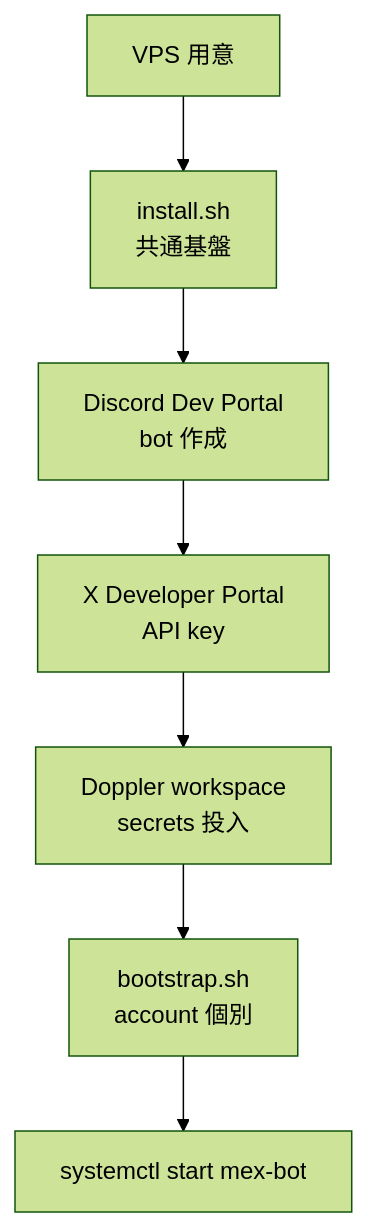
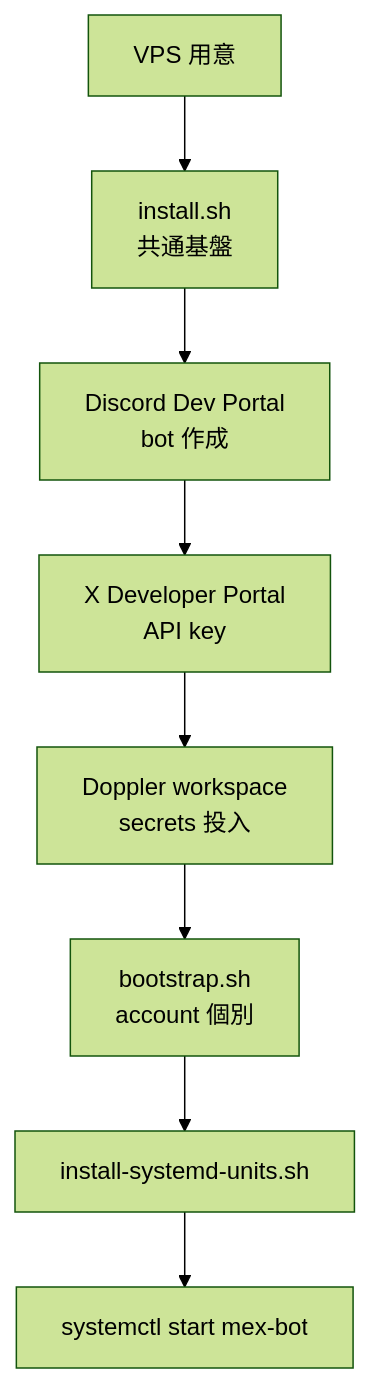
One commit to zumizumi-3/mex-next changed the first of 2 diagrams in docs/operator/10-install.md. Above: the diagram before and after it, drawn with Mermaid (forest theme). The commit also changed other lines of this file and 20 other files, not shown here.

````diff
--- a/docs/operator/10-install.md
+++ b/docs/operator/10-install.md
@@ -11,9 +11,10 @@
 ```mermaid
 flowchart TB
     A[VPS 用意] --> B[install.sh<br/>共通基盤]
     B --> C[Discord Dev Portal<br/>bot 作成]
     C --> D[X Developer Portal<br/>API key]
     D --> E[Doppler workspace<br/>secrets 投入]
     E --> F[bootstrap.sh<br/>account 個別]
-    F --> G[systemctl start mex-bot]
+    F --> G[install-systemd-units.sh]
+    G --> H[systemctl start mex-bot]
 ```
````
